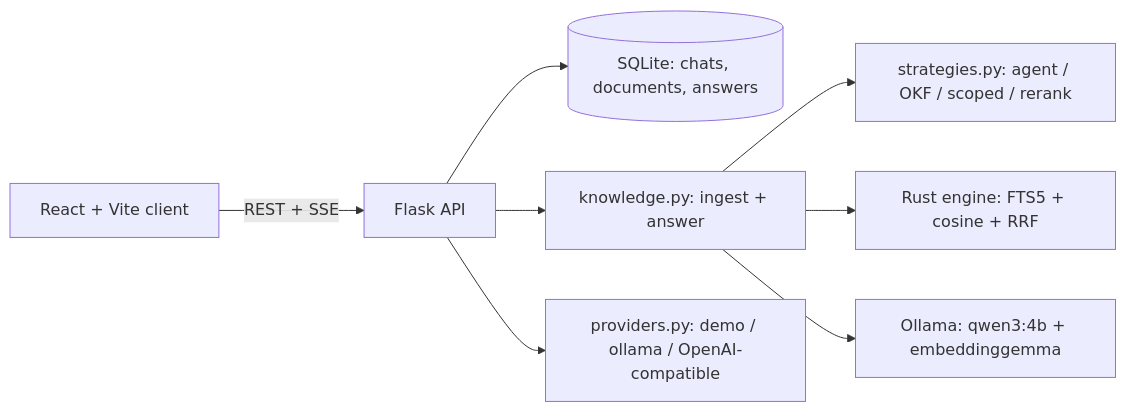
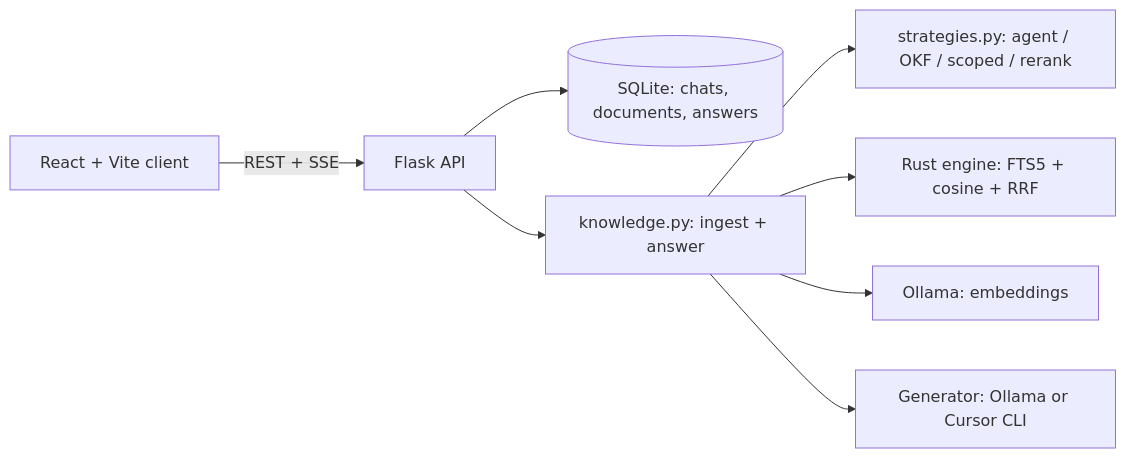
The diagram in README.md (adhvikrayaprolu/chatbot-app), drawn with Mermaid before and after one commit. The commit also changed other lines of this file and 11 other files, not shown here.

First line of the commit message:
Rename to Lookup, add a Cursor CLI generator/judge, and frame the README around the experiment

````diff
--- a/README.md
+++ b/README.md
@@ -29,10 +53,10 @@
 ```mermaid
 flowchart LR
   Web["React + Vite client"] -- "REST + SSE" --> API["Flask API"]
   API --> Store[("SQLite: chats, documents, answers")]
   API --> K["knowledge.py: ingest + answer"]
   K --> S["strategies.py: agent / OKF / scoped / rerank"]
   K --> R["Rust engine: FTS5 + cosine + RRF"]
-  K --> O["Ollama: qwen3:4b + embeddinggemma"]
-  API --> P["providers.py: demo / ollama / OpenAI-compatible"]
+  K --> E["Ollama: embeddings"]
+  K --> G["Generator: Ollama or Cursor CLI"]
 ```
````
